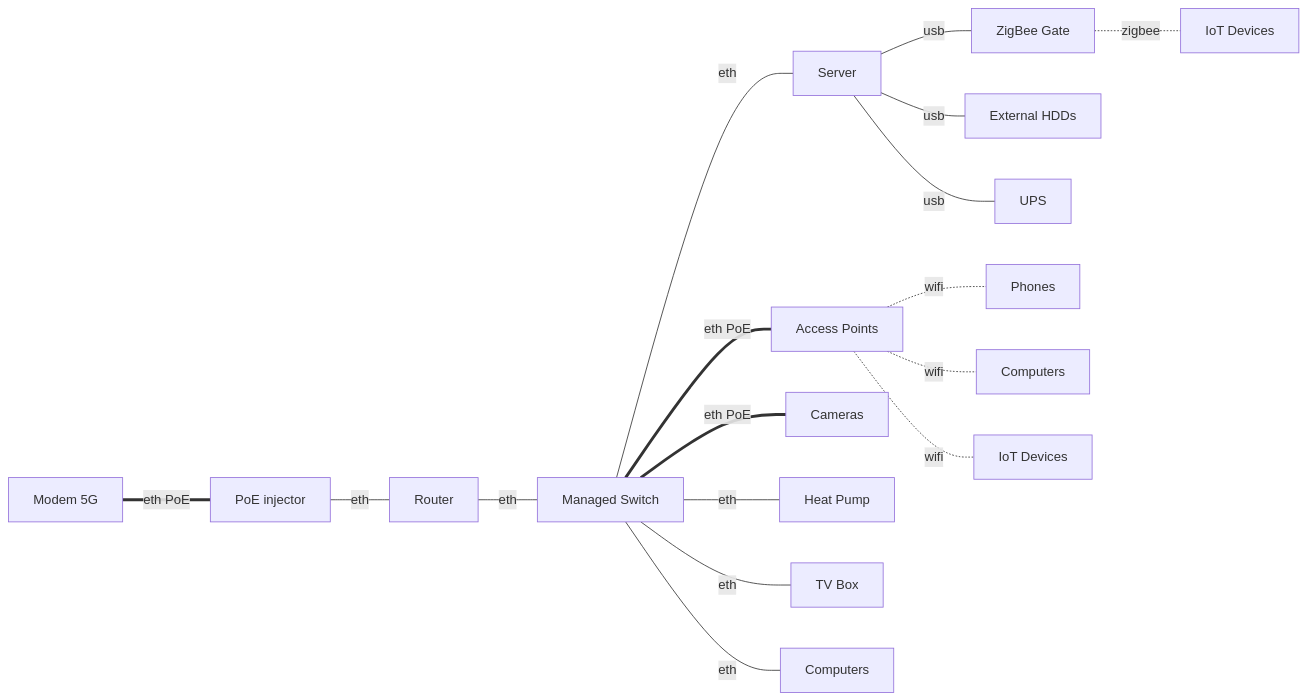
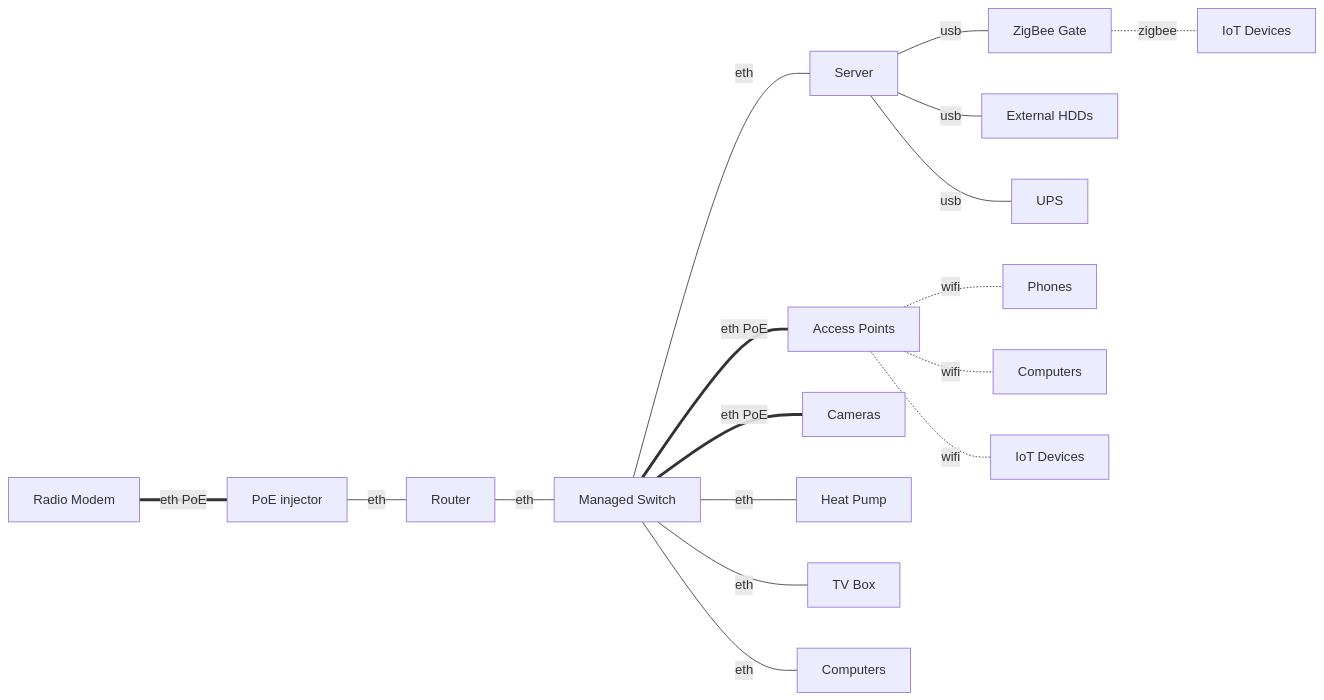
One commit to mkuthan/mkuthan.github.io changed the diagram in _posts/2024-06-30-homlab-hardware.md. Above: the diagram before and after it, drawn with Mermaid. The commit also changed other lines of this file, not shown here.

````diff
--- a/_posts/2024-06-30-homlab-hardware.md
+++ b/_posts/2024-06-30-homlab-hardware.md
@@ -75,23 +75,23 @@
 ```mermaid
 flowchart LR
-    modem[Modem 5G] == eth PoE === poe[PoE injector]
+    modem[Radio Modem] == eth PoE === poe[PoE injector]
     poe -- eth --- router[Router]
     router -- eth --- switch[Managed Switch]
 
     switch -- eth --- server[Server]
     switch == eth PoE === aps[Access Points]
     switch == eth PoE === cameras[Cameras]
     switch -- eth --- heatpump[Heat Pump]
     switch -- eth --- tv[TV Box]
     switch -- eth --- computers_eth[Computers]
 
     server -- usb --- zigbee[ZigBee Gate]
     server -- usb --- hdds[External HDDs]
     server -- usb --- ups[UPS]
 
     aps -. wifi .- phones[Phones]
     aps -. wifi .- computers_wifi[Computers]
     aps -. wifi .- iot_wifi[IoT Devices]
 
     zigbee -. zigbee .- iot_zigbee[IoT Devices]
 ```
````
